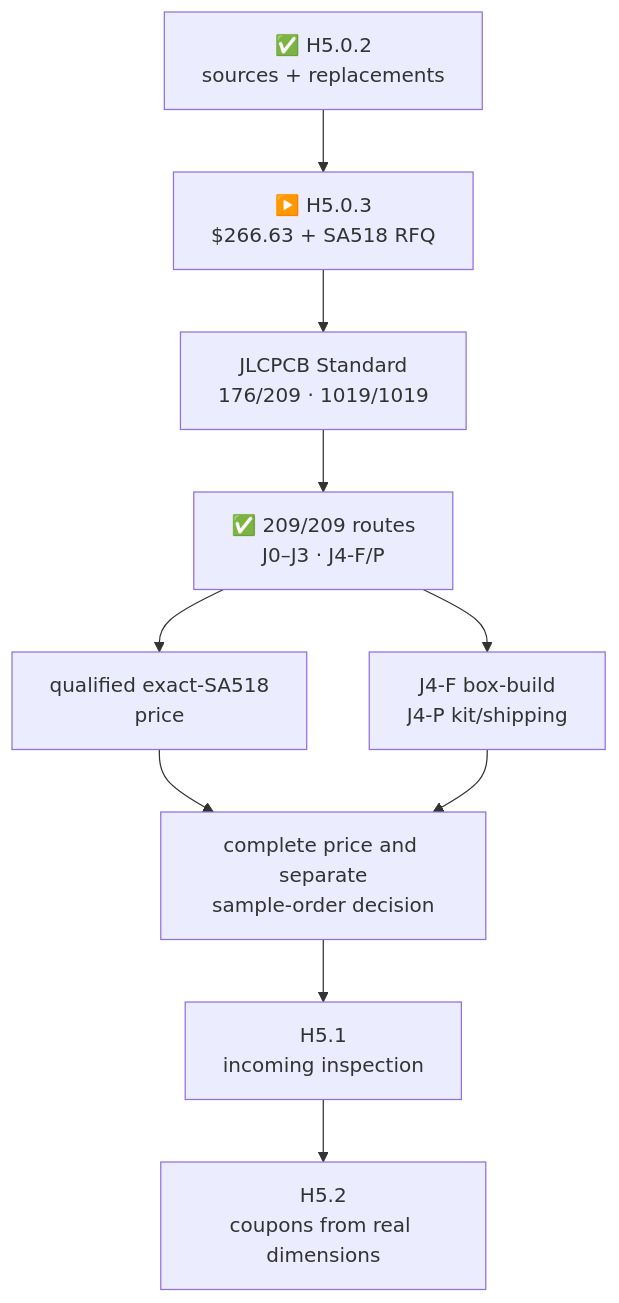
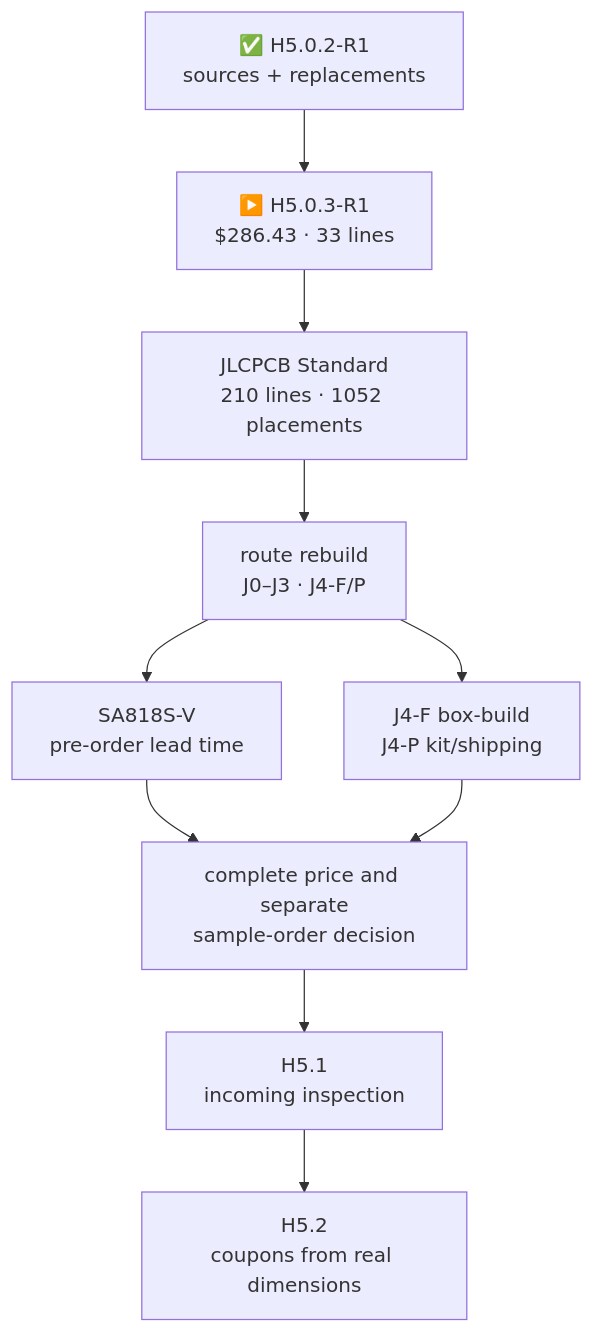
The diagram in docs/component-sample-basket.md (anton-vinogradov/esp32-leshy2), drawn with Mermaid before and after one commit. The commit also changed other lines of this file and 24 other files, not shown here.

Commit message:
Rebuild H5 sample basket and 210 JLC routes

````diff
--- a/docs/component-sample-basket.md
+++ b/docs/component-sample-basket.md
@@ -11,12 +7,12 @@
 ```mermaid
 flowchart TD
-  R["✅ H5.0.2<br/>sources + replacements"] --> B["▶️ H5.0.3<br/>$266.63 + SA518 RFQ"]
-  B --> P["JLCPCB Standard<br/>176/209 · 1019/1019"]
-  P --> Q["✅ 209/209 routes<br/>J0–J3 · J4-F/P"]
-  Q --> S["qualified exact-SA518<br/>price"]
+  R["✅ H5.0.2-R1<br/>sources + replacements"] --> B["▶️ H5.0.3-R1<br/>$286.43 · 33 lines"]
+  B --> P["JLCPCB Standard<br/>210 lines · 1052 placements"]
+  P --> Q["route rebuild<br/>J0–J3 · J4-F/P"]
+  Q --> S["SA818S-V<br/>pre-order lead time"]
   Q --> X["J4-F box-build<br/>J4-P kit/shipping"]
   S --> A["complete price and separate<br/>sample-order decision"]
   X --> A
   A --> H51["H5.1<br/>incoming inspection"]
   H51 --> H52["H5.2<br/>coupons from real dimensions"]
 ```
````
